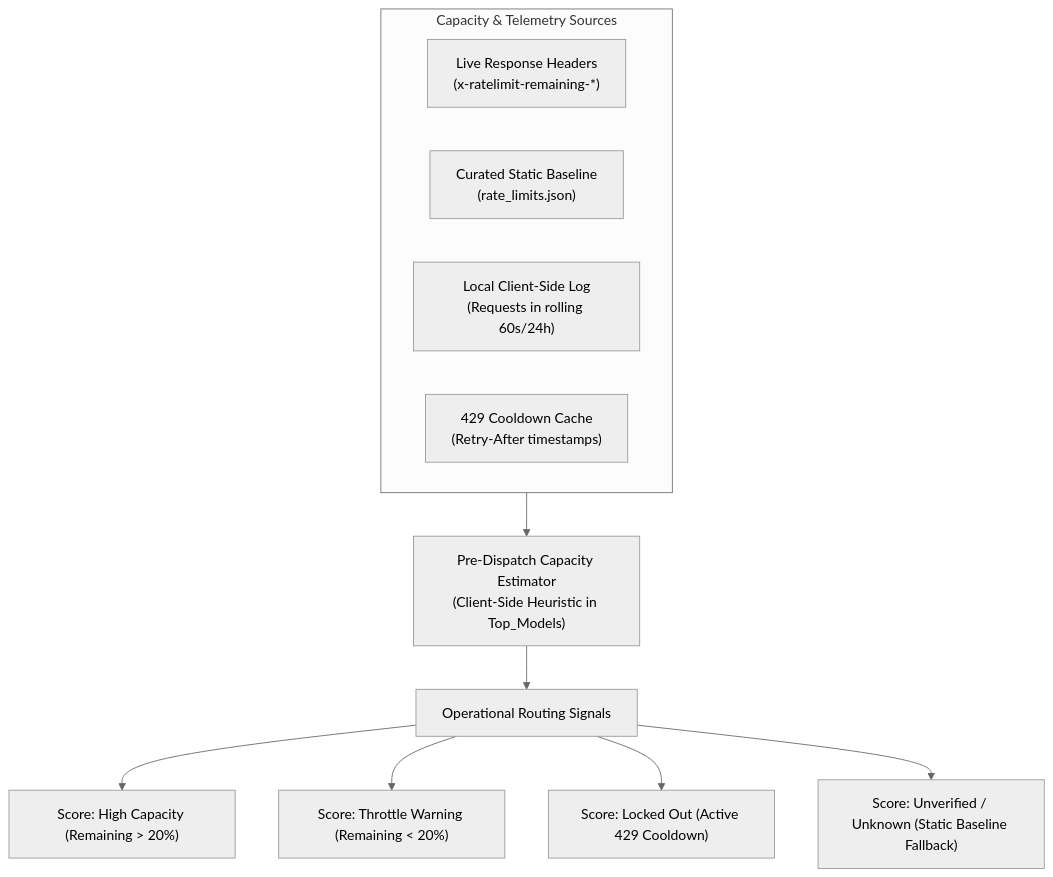
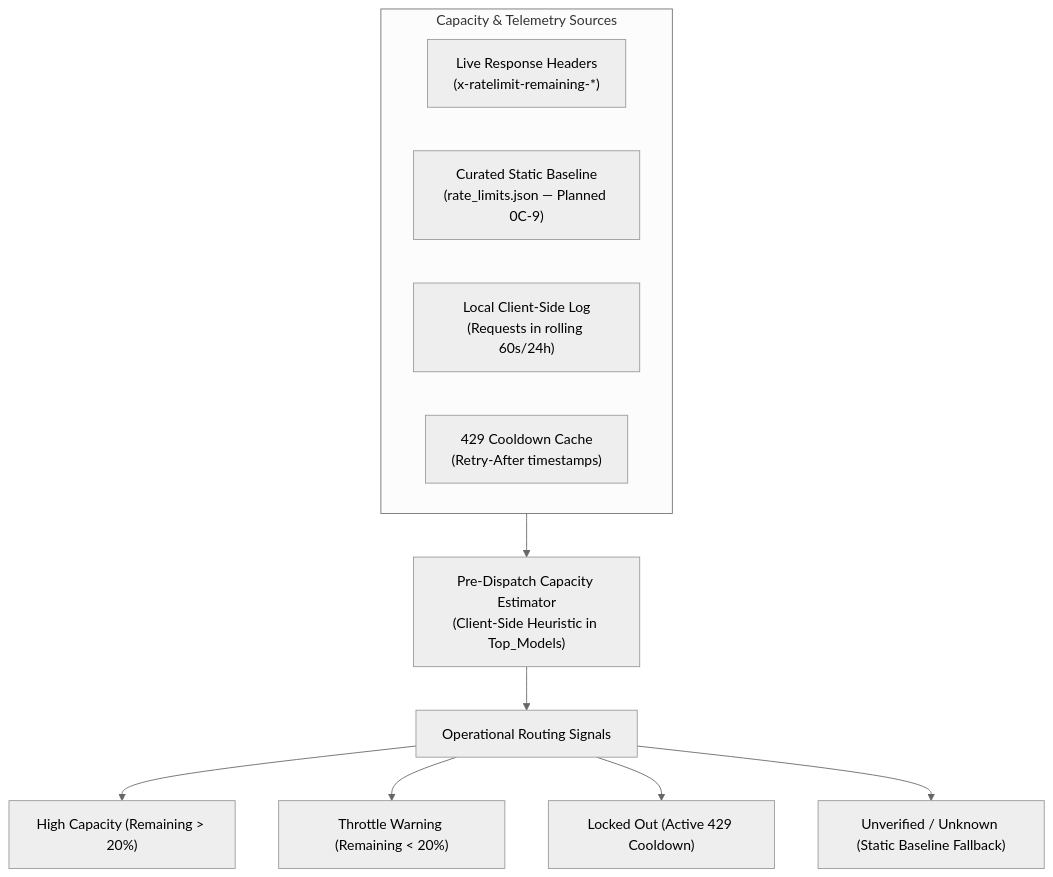
The first of 2 diagrams in PREPARATION_REPORT_GLOBAL_MATRIX_ROUTING.md (anonymous5-coder/sync), drawn with Mermaid (neutral theme) before and after one commit. The commit also changed other lines of this file, not shown here.

````diff
--- a/PREPARATION_REPORT_GLOBAL_MATRIX_ROUTING.md
+++ b/PREPARATION_REPORT_GLOBAL_MATRIX_ROUTING.md
@@ -265,17 +289,17 @@
 ```mermaid
 flowchart TD
     subgraph Inputs["Capacity & Telemetry Sources"]
         H["Live Response Headers<br/>(x-ratelimit-remaining-*)"]
-        S["Curated Static Baseline<br/>(rate_limits.json)"]
+        S["Curated Static Baseline<br/>(rate_limits.json — Planned 0C-9)"]
         L["Local Client-Side Log<br/>(Requests in rolling 60s/24h)"]
         C["429 Cooldown Cache<br/>(Retry-After timestamps)"]
     end
 
     Inputs --> Engine["Pre-Dispatch Capacity Estimator<br/>(Client-Side Heuristic in Top_Models)"]
 
     Engine --> Output["Operational Routing Signals"]
-    Output --> S1["Score: High Capacity (Remaining > 20%)"]
-    Output --> S2["Score: Throttle Warning (Remaining < 20%)"]
-    Output --> S3["Score: Locked Out (Active 429 Cooldown)"]
-    Output --> S4["Score: Unverified / Unknown (Static Baseline Fallback)"]
+    Output --> S1["High Capacity (Remaining > 20%)"]
+    Output --> S2["Throttle Warning (Remaining < 20%)"]
+    Output --> S3["Locked Out (Active 429 Cooldown)"]
+    Output --> S4["Unverified / Unknown (Static Baseline Fallback)"]
 ```
````
